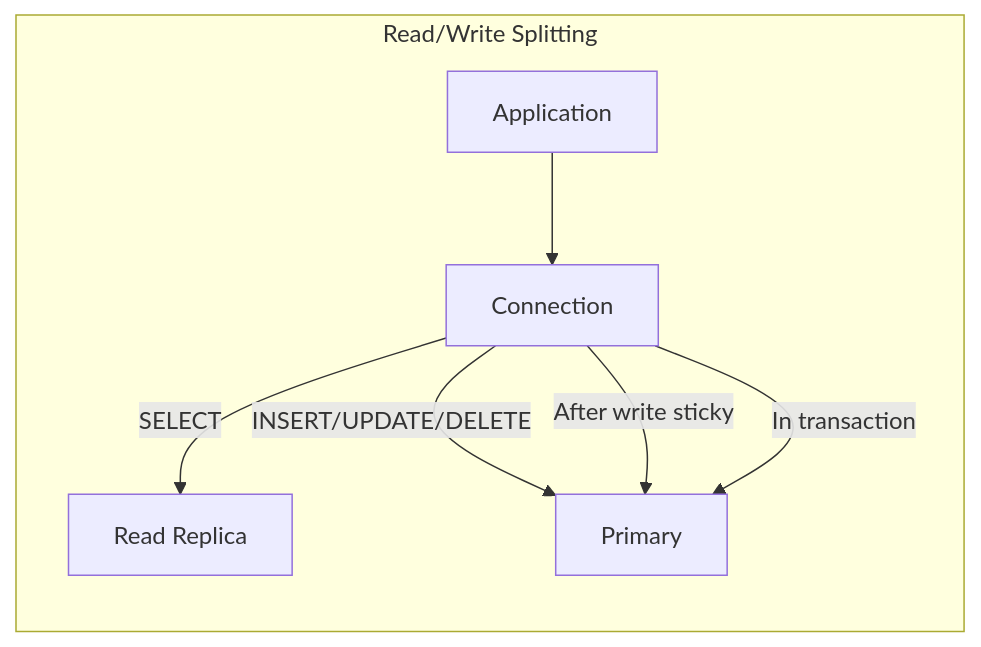
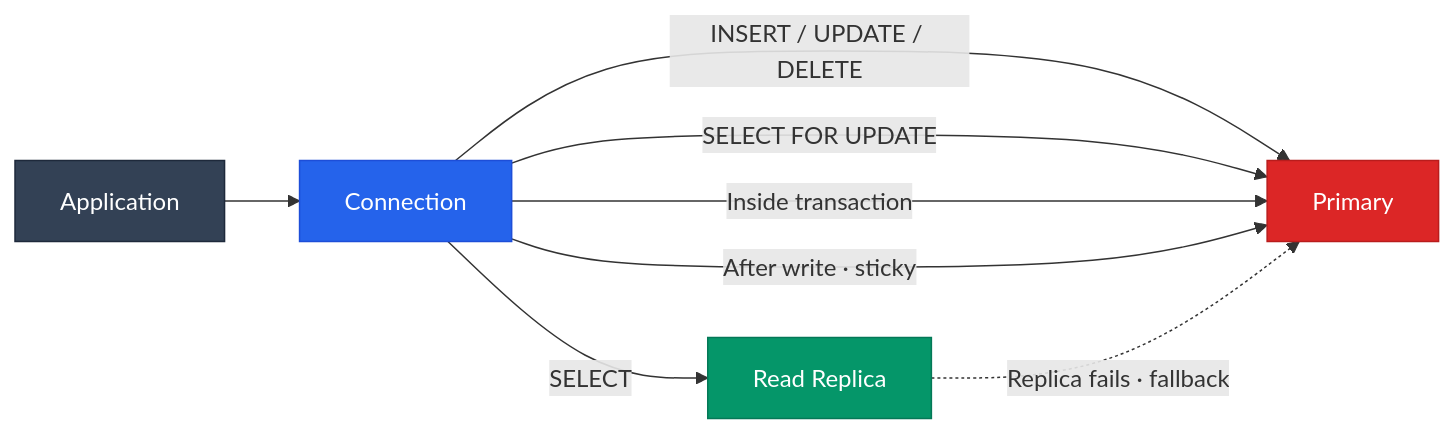
The second of 4 diagrams in README.md (phpdot/database), drawn with Mermaid before and after one commit. The commit also changed other lines of this file, not shown here.

Commit message:
Update README with Mermaid architecture diagrams

````diff
--- a/README.md
+++ b/README.md
@@ -65,11 +100,16 @@
 ```mermaid
 graph LR
-    subgraph Read/Write Splitting
-        direction TB
-        APP[Application] --> CONN2[Connection]
-        CONN2 -->|SELECT| READ[Read Replica]
-        CONN2 -->|INSERT/UPDATE/DELETE| WRITE[Primary]
-        CONN2 -->|After write sticky| WRITE
-        CONN2 -->|In transaction| WRITE
-    end
+    APP[Application] --> CONN[Connection]
+
+    CONN -->|SELECT| READ[Read Replica]
+    CONN -->|INSERT / UPDATE / DELETE| WRITE[Primary]
+    CONN -->|SELECT FOR UPDATE| WRITE
+    CONN -->|Inside transaction| WRITE
+    CONN -->|After write · sticky| WRITE
+    READ -.->|Replica fails · fallback| WRITE
+
+    style APP fill:#334155,stroke:#1e293b,color:#fff
+    style CONN fill:#2563eb,stroke:#1d4ed8,color:#fff
+    style READ fill:#059669,stroke:#047857,color:#fff
+    style WRITE fill:#dc2626,stroke:#b91c1c,color:#fff
 ```
````
